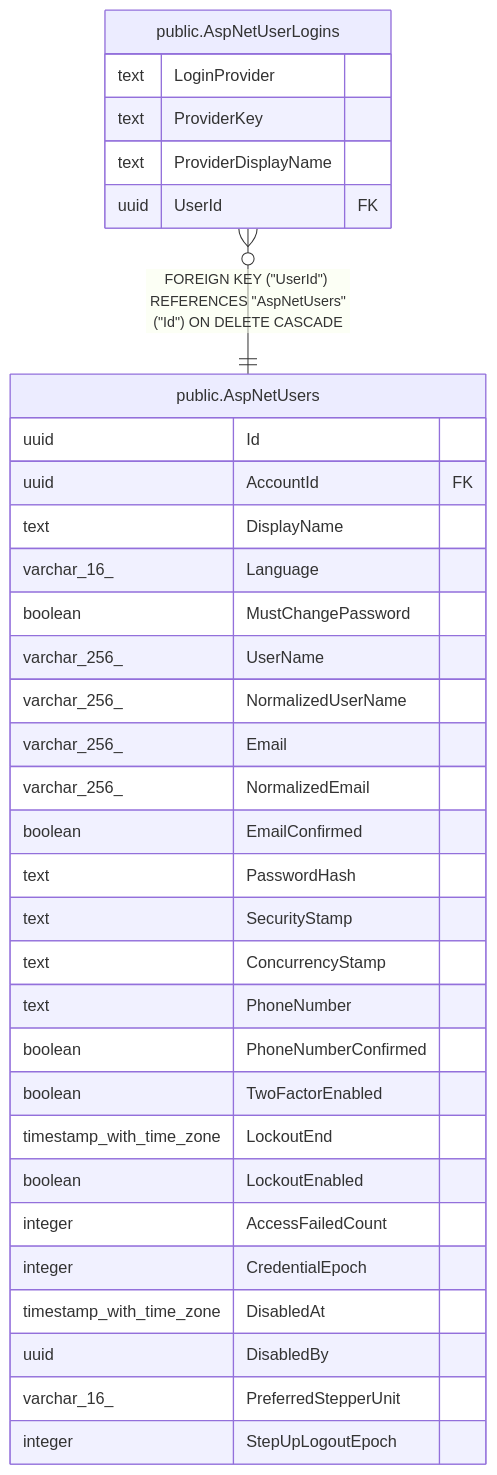
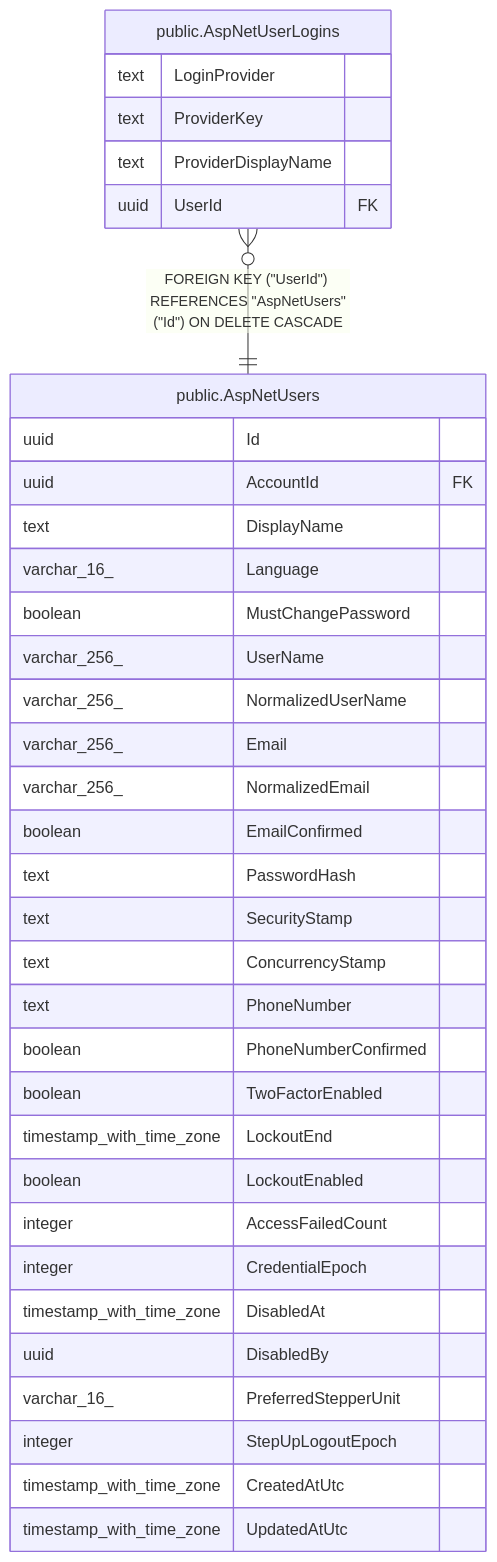
One commit to mforce/cluckwork changed the diagram in docs/schema/public.AspNetUserLogins.md. Above: the diagram before and after it, drawn with Mermaid. The commit also changed 105 other files, not shown here.

````diff
--- a/docs/schema/public.AspNetUserLogins.md
+++ b/docs/schema/public.AspNetUserLogins.md
@@ -37,38 +37,40 @@
 ```mermaid
 erDiagram
 
 "public.AspNetUserLogins" }o--|| "public.AspNetUsers" : "FOREIGN KEY (#quot;UserId#quot;) REFERENCES #quot;AspNetUsers#quot;(#quot;Id#quot;) ON DELETE CASCADE"
 
 "public.AspNetUserLogins" {
   text LoginProvider
   text ProviderKey
   text ProviderDisplayName
   uuid UserId FK
 }
 "public.AspNetUsers" {
   uuid Id
   uuid AccountId FK
   text DisplayName
   varchar_16_ Language
   boolean MustChangePassword
   varchar_256_ UserName
   varchar_256_ NormalizedUserName
   varchar_256_ Email
   varchar_256_ NormalizedEmail
   boolean EmailConfirmed
   text PasswordHash
   text SecurityStamp
   text ConcurrencyStamp
   text PhoneNumber
   boolean PhoneNumberConfirmed
   boolean TwoFactorEnabled
   timestamp_with_time_zone LockoutEnd
   boolean LockoutEnabled
   integer AccessFailedCount
   integer CredentialEpoch
   timestamp_with_time_zone DisabledAt
   uuid DisabledBy
   varchar_16_ PreferredStepperUnit
   integer StepUpLogoutEpoch
+  timestamp_with_time_zone CreatedAtUtc
+  timestamp_with_time_zone UpdatedAtUtc
 }
 ```
````
